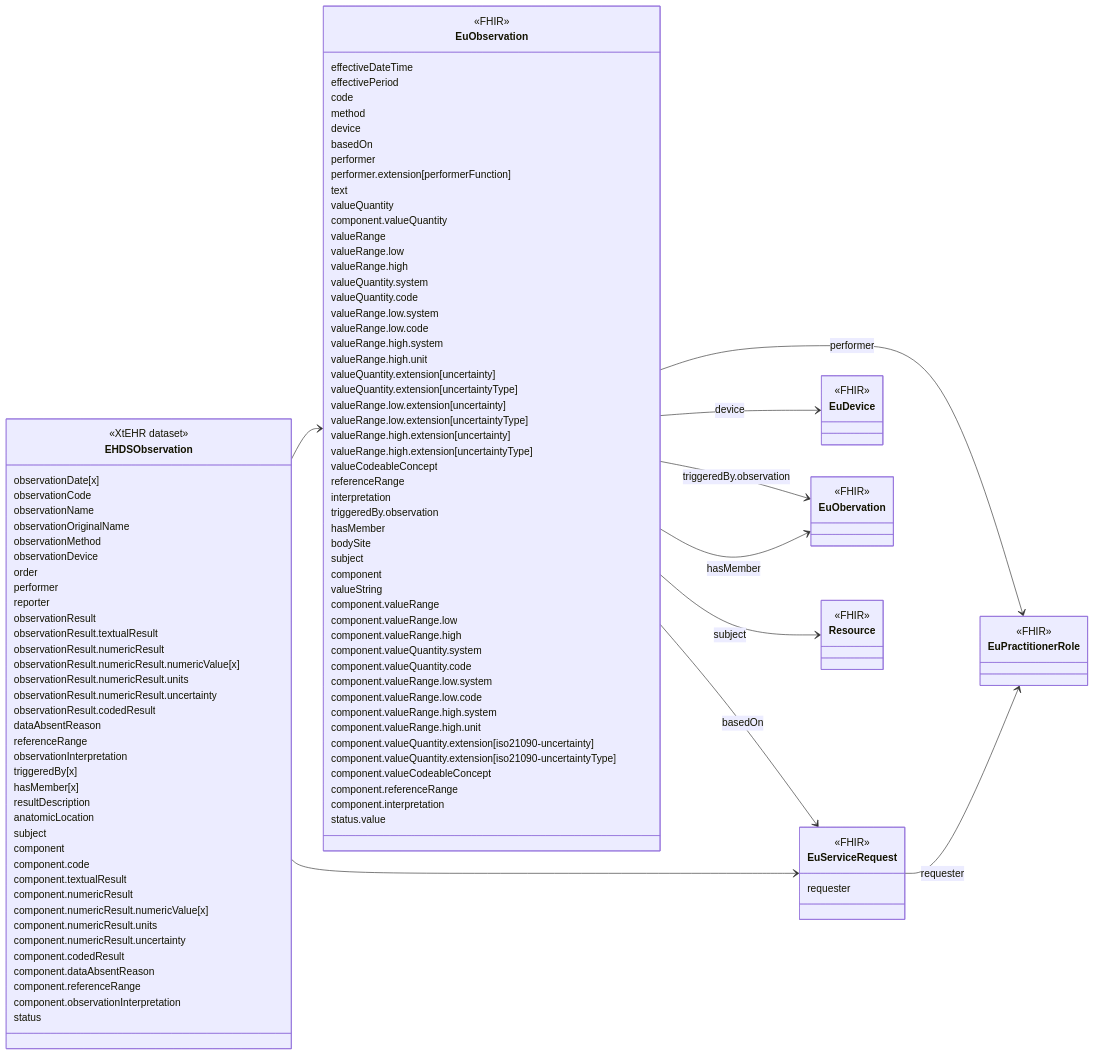
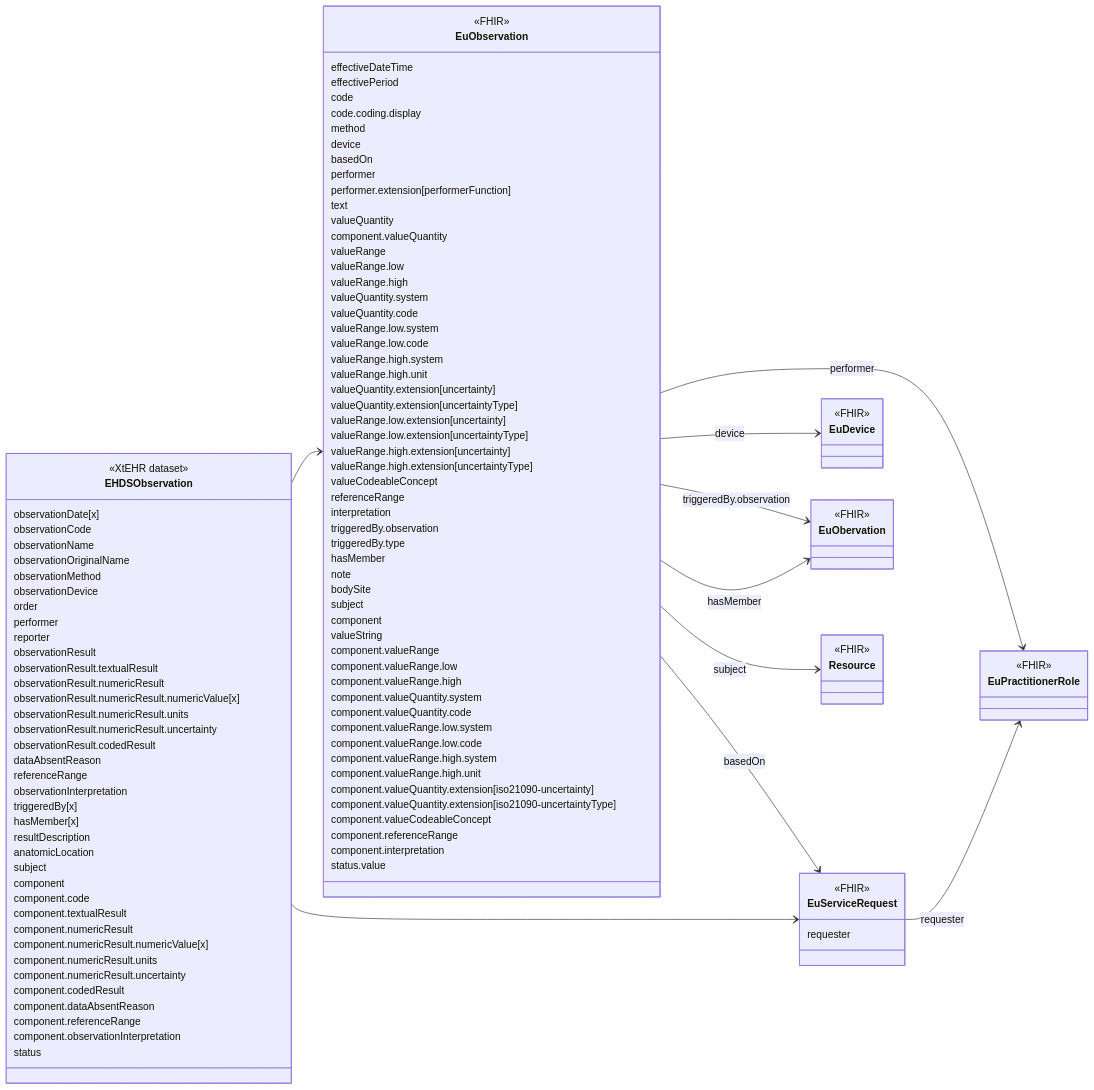
Before and after one commit to oijauregui/ehdsimaging: the diagram in input/intro-notes/ConceptMap-EHDSObservationMap-intro.md, drawn with Mermaid. The commit also changed 22 other files, not shown here.

```diff
--- a/input/intro-notes/ConceptMap-EHDSObservationMap-intro.md
+++ b/input/intro-notes/ConceptMap-EHDSObservationMap-intro.md
@@ -50,6 +50,7 @@
   effectiveDateTime
   effectivePeriod
   code
+  code.coding.display
   method
   device
   basedOn
@@ -77,7 +78,9 @@
   referenceRange
   interpretation
   triggeredBy.observation
+  triggeredBy.type
   hasMember
+  note
   bodySite
   subject
   component
```
